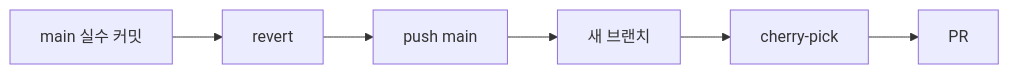
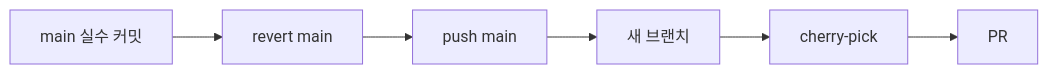
Before and after one commit to skycar321/learning-code: the fourth of 5 diagrams in content/tools/git_cli/Step5_Git_Practical_Scenarios.md, drawn with Mermaid. The commit also changed other lines of this file and 39 other files, not shown here.

````diff
--- a/content/tools/git_cli/Step5_Git_Practical_Scenarios.md
+++ b/content/tools/git_cli/Step5_Git_Practical_Scenarios.md
@@ -129,8 +121,8 @@
 ```mermaid
 flowchart LR
-  A[main 실수 커밋] --> B[revert]
+  A[main 실수 커밋] --> B[revert main]
   B --> C[push main]
   C --> D[새 브랜치]
   D --> E[cherry-pick]
   E --> F[PR]
 ```
````
